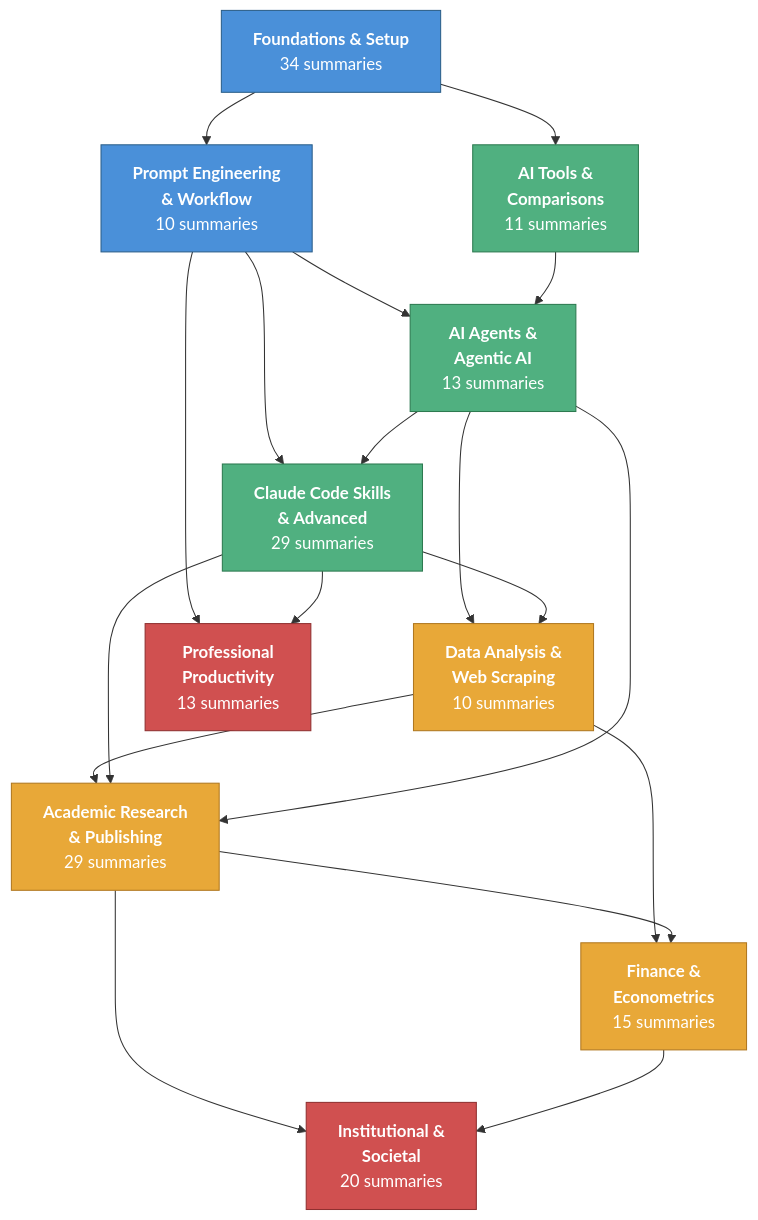
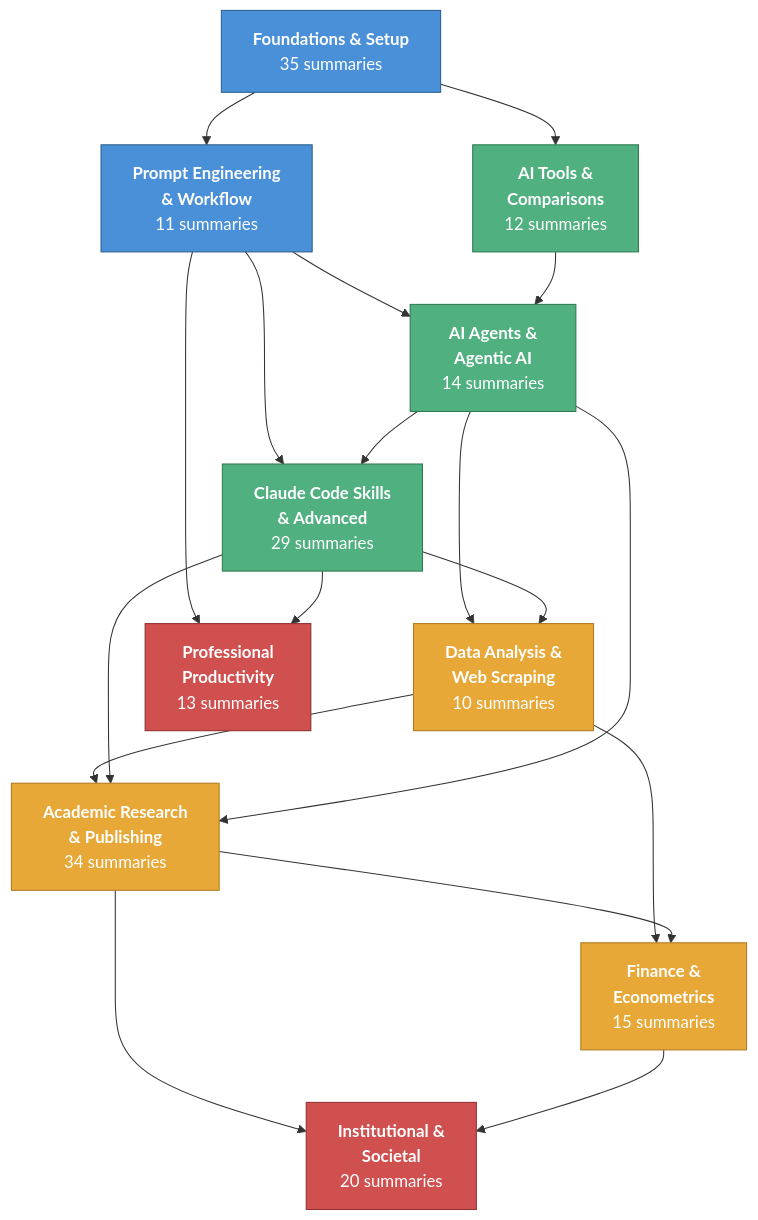
Before and after one commit to velikov-mihail/ai-econ-wiki: the diagram in wiki/visualizations/category-map.md, drawn with Mermaid. The commit also changed other lines of this file and 2 other files, not shown here.

Commit message:
Refresh derived pages after ingest: category counts, category map, source timeline

````diff
--- a/wiki/visualizations/category-map.md
+++ b/wiki/visualizations/category-map.md
@@ -11,49 +11,49 @@
 ```mermaid
 graph TD
-    FS["<b>Foundations & Setup</b><br/>34 summaries"]
-    PE["<b>Prompt Engineering<br/>& Workflow</b><br/>10 summaries"]
-    AG["<b>AI Agents &<br/>Agentic AI</b><br/>13 summaries"]
+    FS["<b>Foundations & Setup</b><br/>35 summaries"]
+    PE["<b>Prompt Engineering<br/>& Workflow</b><br/>11 summaries"]
+    AG["<b>AI Agents &<br/>Agentic AI</b><br/>14 summaries"]
     CS["<b>Claude Code Skills<br/>& Advanced</b><br/>29 summaries"]
     DA["<b>Data Analysis &<br/>Web Scraping</b><br/>10 summaries"]
-    AR["<b>Academic Research<br/>& Publishing</b><br/>29 summaries"]
+    AR["<b>Academic Research<br/>& Publishing</b><br/>34 summaries"]
     FE["<b>Finance &<br/>Econometrics</b><br/>15 summaries"]
-    AT["<b>AI Tools &<br/>Comparisons</b><br/>11 summaries"]
+    AT["<b>AI Tools &<br/>Comparisons</b><br/>12 summaries"]
     IS["<b>Institutional &<br/>Societal</b><br/>20 summaries"]
     PP["<b>Professional<br/>Productivity</b><br/>13 summaries"]
 
     %% Foundational layer
     FS --> PE
     FS --> AT
     PE --> AG
     PE --> CS
 
     %% Technical layer
     AG --> CS
     AG --> DA
     CS --> DA
     AT --> AG
 
     %% Applied layer
     DA --> AR
     DA --> FE
     AR --> FE
     CS --> AR
     AG --> AR
 
     %% Productivity & big picture
     PE --> PP
     CS --> PP
     AR --> IS
     FE --> IS
 
     %% Styling
     classDef foundation fill:#4a90d9,stroke:#2c5f8a,color:#fff
     classDef technical fill:#50b080,stroke:#2d7a50,color:#fff
     classDef applied fill:#e8a838,stroke:#b07820,color:#fff
     classDef bigpicture fill:#d05050,stroke:#903030,color:#fff
 
     class FS,PE foundation
     class AG,CS,AT technical
     class DA,AR,FE applied
     class IS,PP bigpicture
 ```
````
